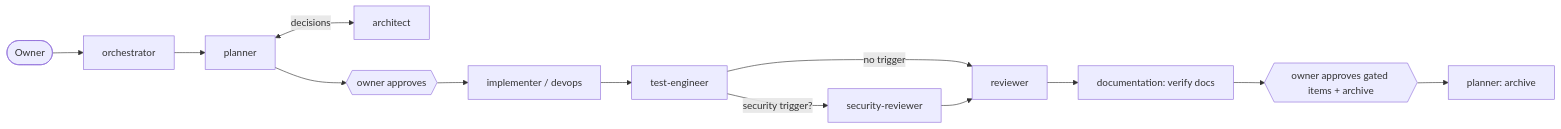
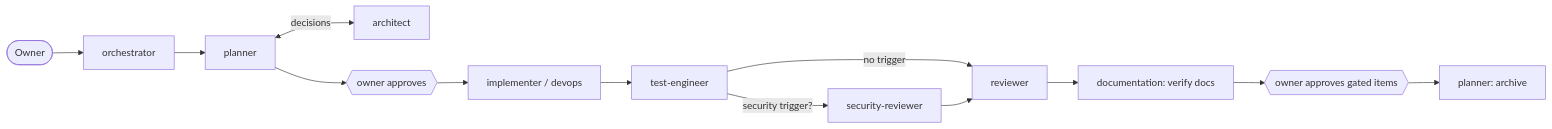
The diagram in docs/agents/README.md (alvarotor/harness-engineering), drawn with Mermaid before and after one commit. The commit also changed other lines of this file and 133 other files, not shown here.

````diff
--- a/docs/agents/README.md
+++ b/docs/agents/README.md
@@ -43,15 +48,15 @@
 ```mermaid
 flowchart LR
   owner([Owner]) --> orch[orchestrator]
   orch --> planner
   planner <-->|decisions| architect
   planner --> gate1{{owner approves}}
   gate1 --> impl[implementer / devops]
   impl --> test[test-engineer]
   test -->|security trigger?| sec[security-reviewer]
   test -->|no trigger| rev[reviewer]
   sec --> rev
   rev --> docs[documentation: verify docs]
-  docs --> gate2{{owner approves gated items + archive}}
+  docs --> gate2{{owner approves gated items}}
   gate2 --> archive[planner: archive]
 ```
````
